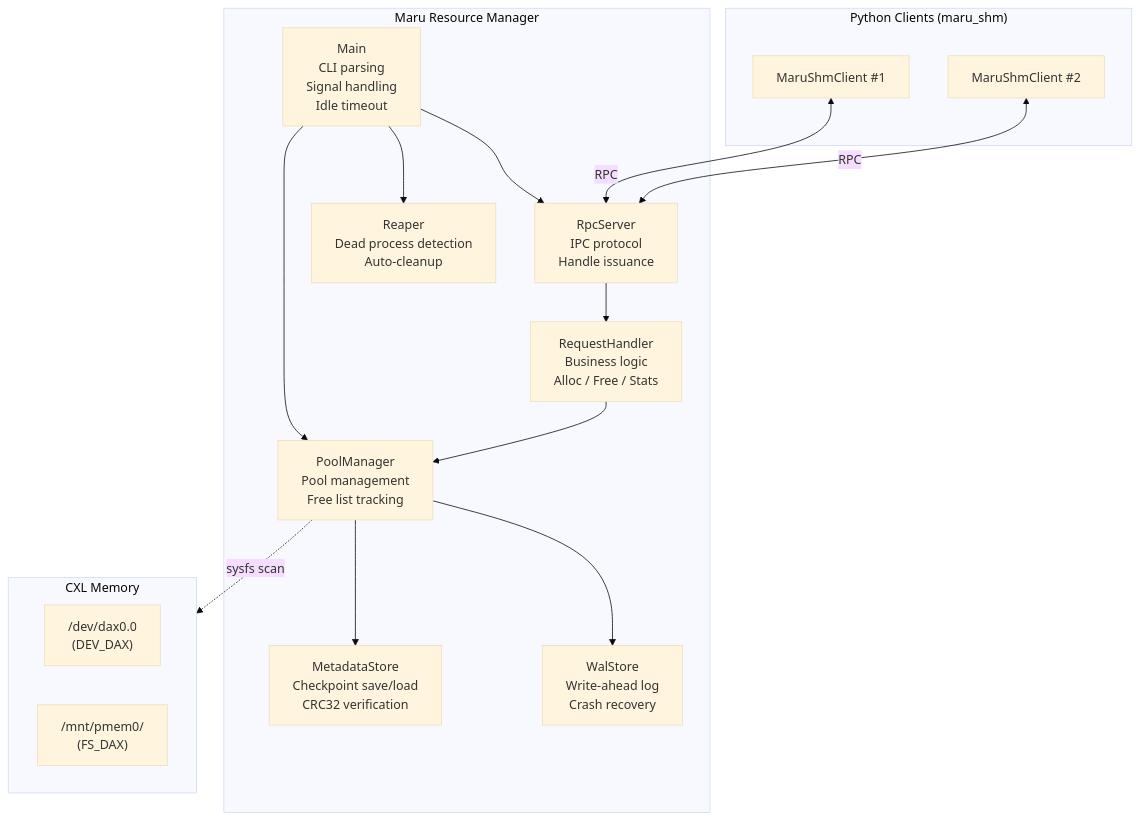
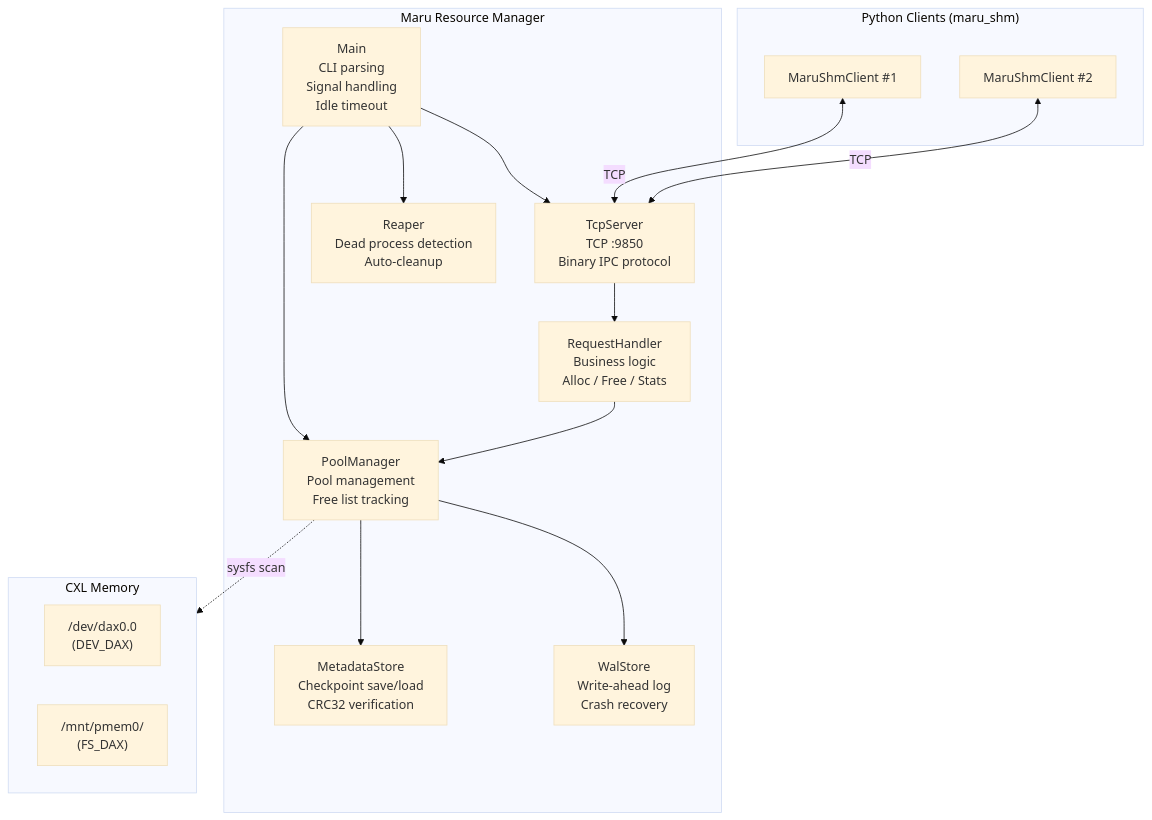
One commit to seohui-XCENA/maru changed the diagram in docs/source/design_doc/maru_resource_manager.md. Above: the diagram before and after it, drawn with Mermaid (base theme). The commit also changed other lines of this file and 18 other files, not shown here.

````diff
--- a/docs/source/design_doc/maru_resource_manager.md
+++ b/docs/source/design_doc/maru_resource_manager.md
@@ -7,35 +7,35 @@
 ```mermaid
 flowchart TB
     subgraph RM["Maru Resource Manager"]
         Main["Main<br/>CLI parsing<br/>Signal handling<br/>Idle timeout"]
-        RPC["RpcServer<br/>IPC protocol<br/>Handle issuance"]
+        TCP["TcpServer<br/>TCP :9850<br/>Binary IPC protocol"]
         RH["RequestHandler<br/>Business logic<br/>Alloc / Free / Stats"]
         PM["PoolManager<br/>Pool management<br/>Free list tracking"]
         Reaper["Reaper<br/>Dead process detection<br/>Auto-cleanup"]
         Meta["MetadataStore<br/>Checkpoint save/load<br/>CRC32 verification"]
         WAL["WalStore<br/>Write-ahead log<br/>Crash recovery"]
     end
 
-    Main --> RPC
+    Main --> TCP
     Main --> PM
     Main --> Reaper
-    RPC --> RH
+    TCP --> RH
     RH --> PM
     PM --> Meta
     PM --> WAL
 
     subgraph Clients["Python Clients (maru_shm)"]
         C1["MaruShmClient #1"]
         C2["MaruShmClient #2"]
     end
 
-    C1 <-->|"RPC"| RPC
-    C2 <-->|"RPC"| RPC
+    C1 <-->|"TCP"| TCP
+    C2 <-->|"TCP"| TCP
 
     subgraph Storage["CXL Memory"]
         D1["/dev/dax0.0<br/>(DEV_DAX)"]
         D2["/mnt/pmem0/<br/>(FS_DAX)"]
     end
 
     PM -.->|"sysfs scan"| Storage
 ```
````
